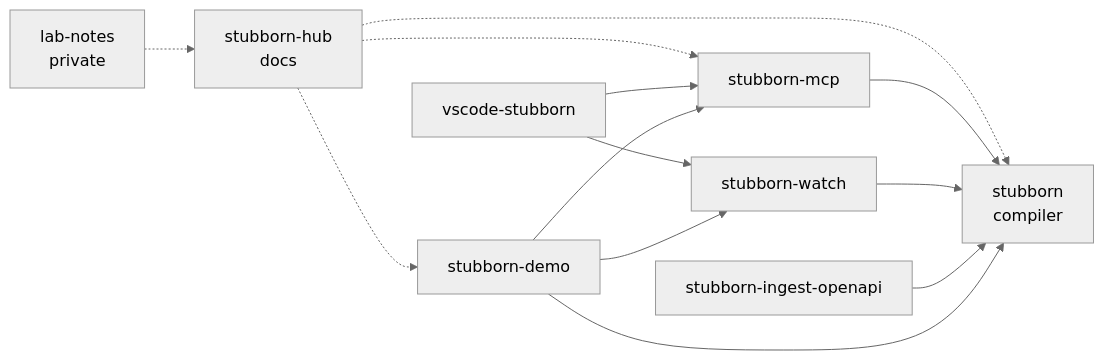
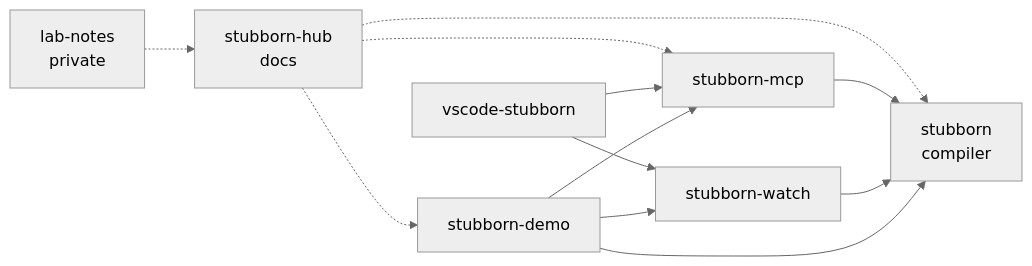
The third of 3 diagrams in docs/ARCHITECTURE.md (stubborn-ai/stubborn-hub), drawn with Mermaid (neutral theme) before and after one commit. The commit also changed other lines of this file and 5 other files, not shown here.

````diff
--- a/docs/ARCHITECTURE.md
+++ b/docs/ARCHITECTURE.md
@@ -108,24 +108,22 @@
 ```mermaid
 flowchart LR
   HUB["stubborn-hub<br/>docs"]
   CORE["stubborn<br/>compiler"]
   MCP["stubborn-mcp"]
   WATCH["stubborn-watch"]
   VSCODE["vscode-stubborn"]
-  OPENAPI["stubborn-ingest-openapi"]
   DEMO["stubborn-demo"]
   NOTES["lab-notes<br/>private"]
 
   HUB -.-> CORE
   HUB -.-> MCP
   HUB -.-> DEMO
   MCP --> CORE
   WATCH --> CORE
-  OPENAPI --> CORE
   VSCODE --> MCP
   VSCODE --> WATCH
   DEMO --> CORE
   DEMO --> MCP
   DEMO --> WATCH
   NOTES -.-> HUB
 ```
````
